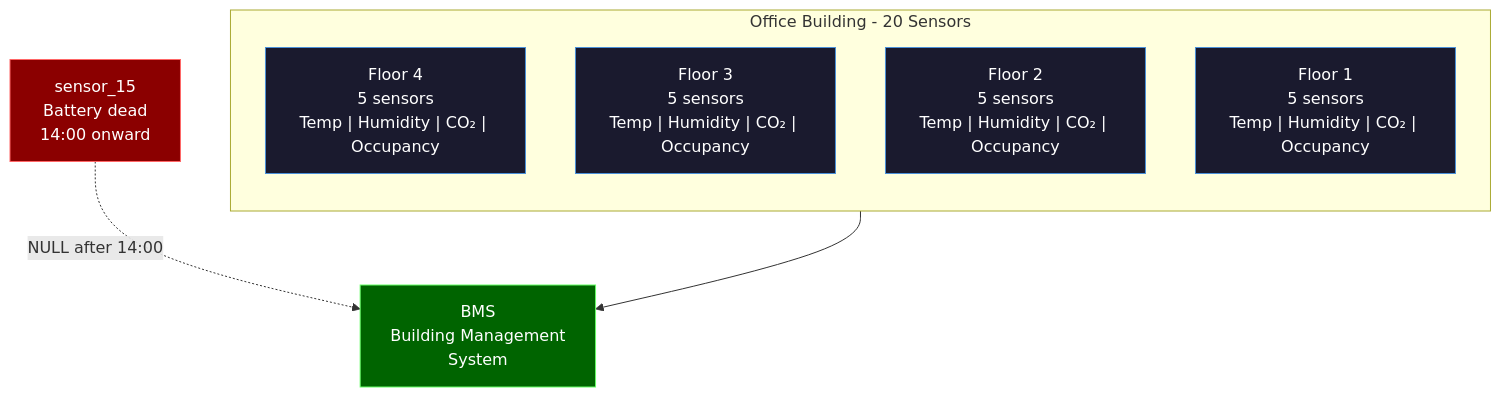
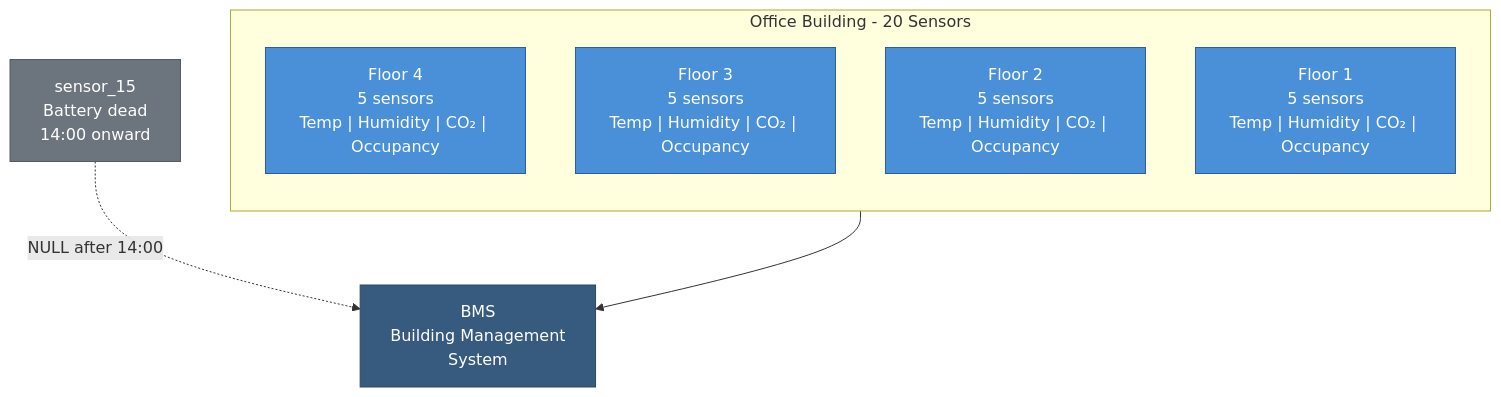
One commit to henryodibi11/Odibi changed the second of 3 diagrams in docs/simulation/patterns/foundations.md. Above: the diagram before and after it, drawn with Mermaid. The commit also changed other lines of this file and 7 other files, not shown here.

First line of the commit message:
Fix mermaid diagram colors for readability across all 26 diagrams

````diff
--- a/docs/simulation/patterns/foundations.md
+++ b/docs/simulation/patterns/foundations.md
@@ -404,19 +404,19 @@
 ```mermaid
 flowchart TB
     subgraph Building["Office Building - 20 Sensors"]
         direction TB
         F4["Floor 4\n5 sensors\nTemp | Humidity | CO₂ | Occupancy"]
         F3["Floor 3\n5 sensors\nTemp | Humidity | CO₂ | Occupancy"]
         F2["Floor 2\n5 sensors\nTemp | Humidity | CO₂ | Occupancy"]
         F1["Floor 1\n5 sensors\nTemp | Humidity | CO₂ | Occupancy"]
     end
     Building --> BMS["BMS\nBuilding Management\nSystem"]
     DEAD["sensor_15\nBattery dead\n14:00 onward"] -.->|"NULL after 14:00"| BMS
 
-    style DEAD fill:#8B0000,stroke:#ff6666,color:#ffffff
-    style BMS fill:#006400,stroke:#66ff66,color:#ffffff
-    style F1 fill:#1a1a2e,stroke:#4a90d9,color:#ffffff
-    style F2 fill:#1a1a2e,stroke:#4a90d9,color:#ffffff
-    style F3 fill:#1a1a2e,stroke:#4a90d9,color:#ffffff
-    style F4 fill:#1a1a2e,stroke:#4a90d9,color:#ffffff
+    style DEAD fill:#6c757d,stroke:#545b62,color:#ffffff
+    style BMS fill:#375a7f,stroke:#2c4866,color:#ffffff
+    style F1 fill:#4a90d9,stroke:#2c5f8a,color:#ffffff
+    style F2 fill:#4a90d9,stroke:#2c5f8a,color:#ffffff
+    style F3 fill:#4a90d9,stroke:#2c5f8a,color:#ffffff
+    style F4 fill:#4a90d9,stroke:#2c5f8a,color:#ffffff
 ```
````
